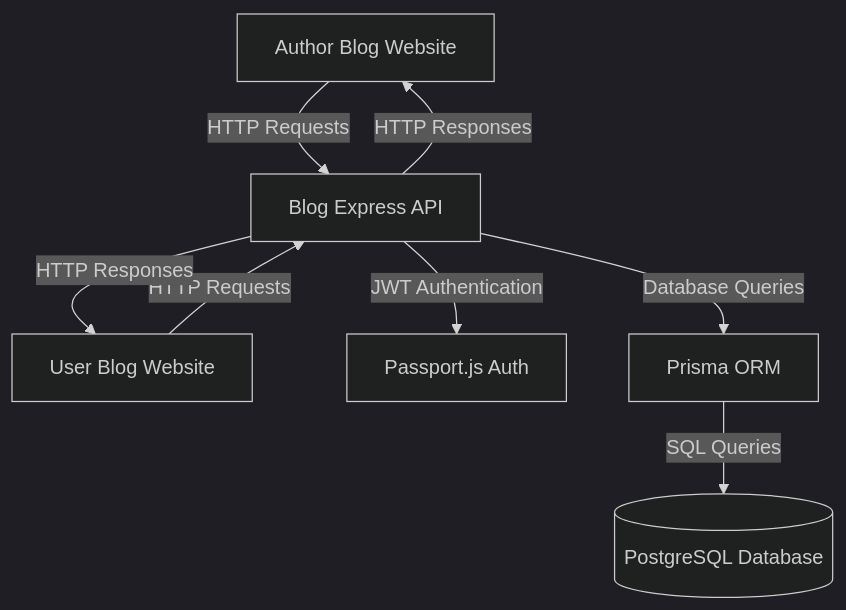
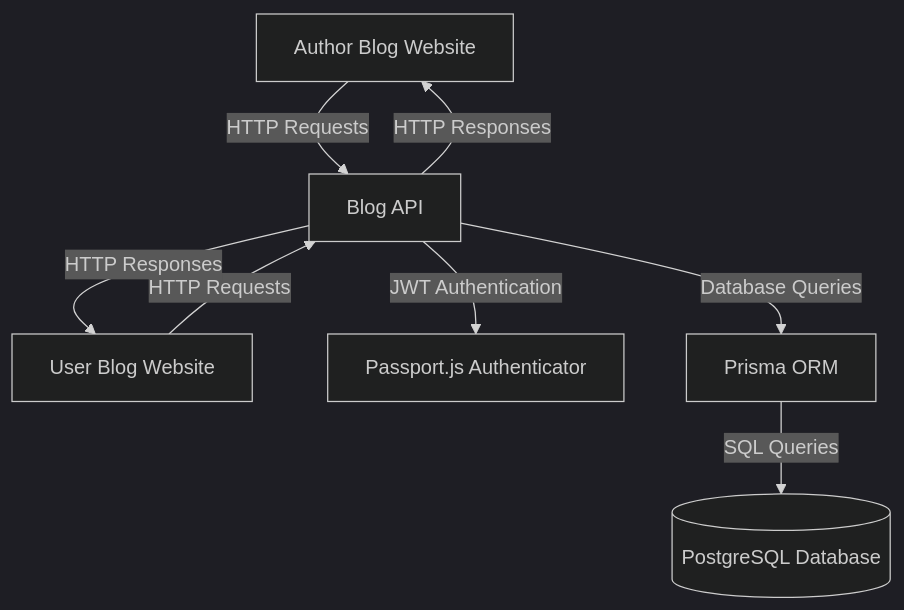
The diagram in README.md (dayercher005/Blog-API-Backend), drawn with Mermaid before and after one commit. The commit also changed other lines of this file, not shown here.

Commit message:
docs: updated README.md file

````diff
--- a/README.md
+++ b/README.md
@@ -62,23 +49,23 @@
 ```mermaid
 ---
 config: 
     theme: 'dark'
 ---
 
 graph TB
     AuthorClient[Author Blog Website]
     UserClient[User Blog Website]
-    Server[Blog Express API]
+    API[Blog API]
     Database[(PostgreSQL Database)]
-    Passport[Passport.js Auth]
+    Passport[Passport.js Authenticator]
     Prisma[Prisma ORM]
     
-    AuthorClient --> |HTTP Requests| Server
-    UserClient -->|HTTP Requests| Server
-    Server -->|JWT Authentication| Passport
-    Server -->|Database Queries| Prisma
+    AuthorClient --> |HTTP Requests| API
+    UserClient -->|HTTP Requests| API
+    API -->|JWT Authentication| Passport
+    API -->|Database Queries| Prisma
     Prisma -->|SQL Queries| Database
-    Server -->|HTTP Responses| AuthorClient
-    Server -->|HTTP Responses| UserClient
+    API -->|HTTP Responses| AuthorClient
+    API -->|HTTP Responses| UserClient
 
 ```
````
